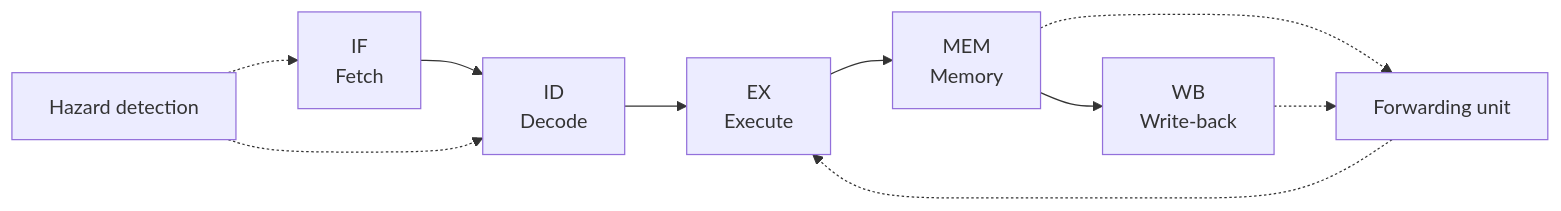
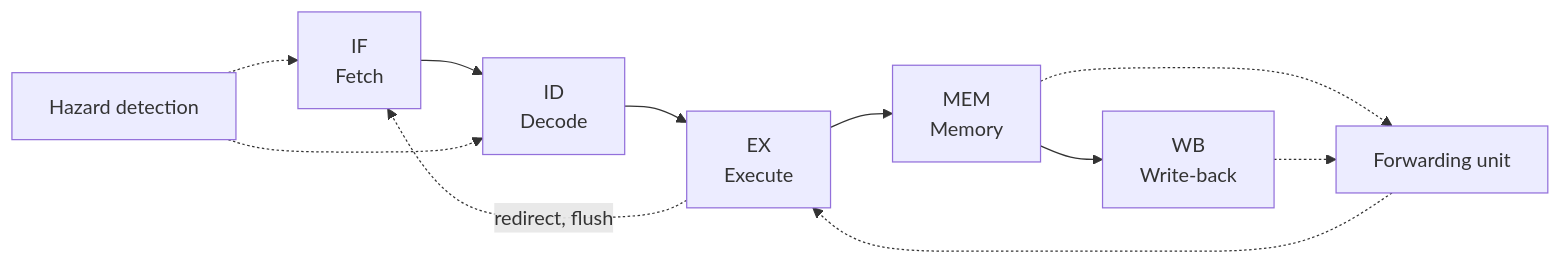
Before and after one commit to bensaid25/riscv-vhdl: the diagram in README.md, drawn with Mermaid. The commit also changed other lines of this file, not shown here.

Commit message:
README: pipeline complete (forwarding, load-use stall, flush), update status and verification

````diff
--- a/README.md
+++ b/README.md
@@ -47,9 +53,10 @@
 ```mermaid
 flowchart LR
   IF[IF<br/>Fetch] --> ID[ID<br/>Decode] --> EX[EX<br/>Execute] --> MEM[MEM<br/>Memory] --> WB[WB<br/>Write-back]
   FWD[Forwarding unit] -.-> EX
   MEM -.-> FWD
   WB -.-> FWD
   HZD[Hazard detection] -.-> IF
   HZD -.-> ID
+  EX -.->|redirect, flush| IF
 ```
````
